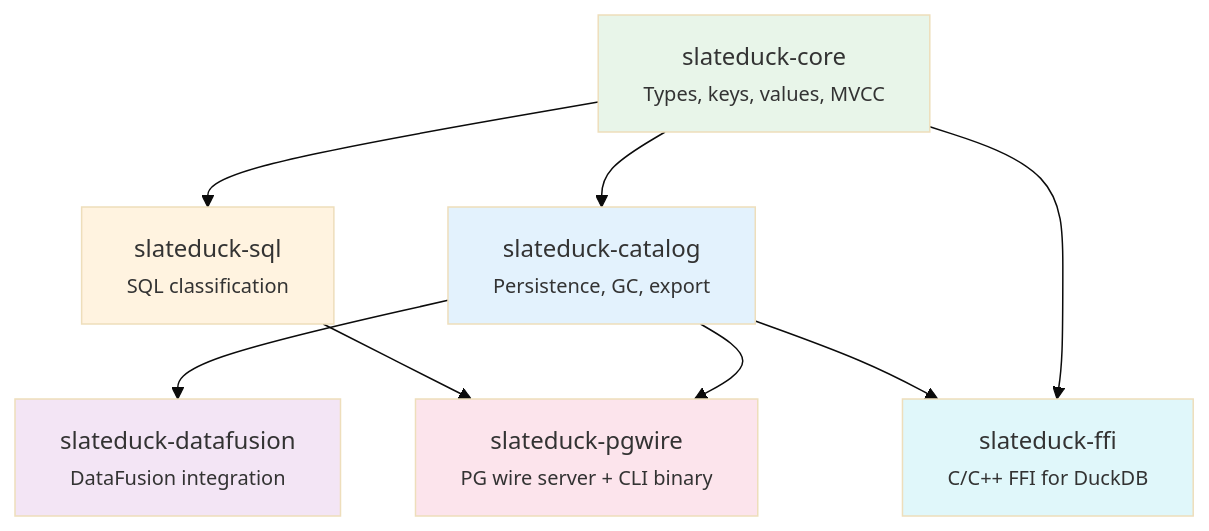
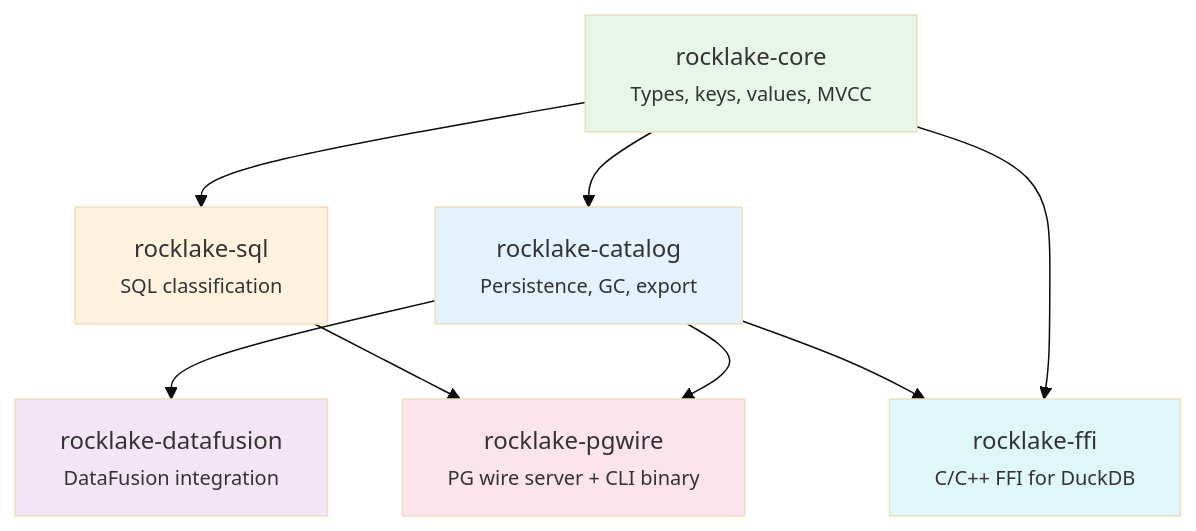
The diagram in docs/architecture/crate-structure.md (trickle-labs/slateduck), drawn with Mermaid (base theme) before and after one commit. The commit also changed other lines of this file and 396 other files, not shown here.

First line of the commit message:
rename: SlateDuck -> Rocklake across entire codebase

````diff
--- a/docs/architecture/crate-structure.md
+++ b/docs/architecture/crate-structure.md
@@ -9,17 +9,17 @@
 ```mermaid
 graph TD
-    CORE["slateduck-core<br/><small>Types, keys, values, MVCC</small>"] --> CAT["slateduck-catalog<br/><small>Persistence, GC, export</small>"]
-    CORE --> SQL["slateduck-sql<br/><small>SQL classification</small>"]
-    CORE --> FFI["slateduck-ffi<br/><small>C/C++ FFI for DuckDB</small>"]
-    CAT --> PG["slateduck-pgwire<br/><small>PG wire server + CLI binary</small>"]
-    CAT --> DF["slateduck-datafusion<br/><small>DataFusion integration</small>"]
+    CORE["rocklake-core<br/><small>Types, keys, values, MVCC</small>"] --> CAT["rocklake-catalog<br/><small>Persistence, GC, export</small>"]
+    CORE --> SQL["rocklake-sql<br/><small>SQL classification</small>"]
+    CORE --> FFI["rocklake-ffi<br/><small>C/C++ FFI for DuckDB</small>"]
+    CAT --> PG["rocklake-pgwire<br/><small>PG wire server + CLI binary</small>"]
+    CAT --> DF["rocklake-datafusion<br/><small>DataFusion integration</small>"]
     CAT --> FFI
     SQL --> PG
 
     style CORE fill:#e8f5e9
     style CAT fill:#e3f2fd
     style SQL fill:#fff3e0
     style PG fill:#fce4ec
     style DF fill:#f3e5f5
     style FFI fill:#e0f7fa
 ```
````
